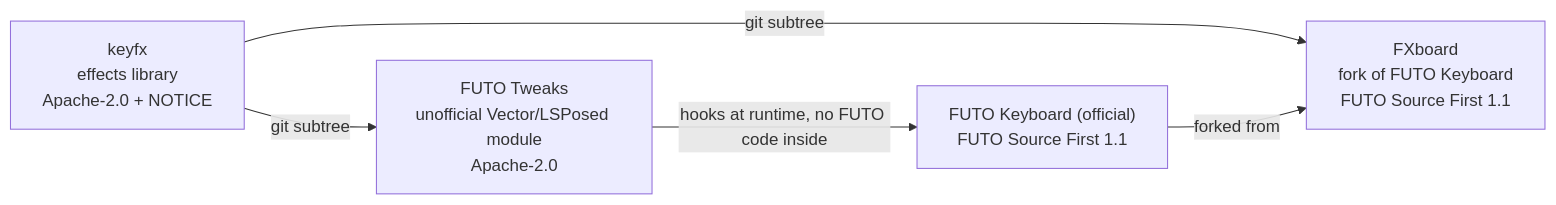
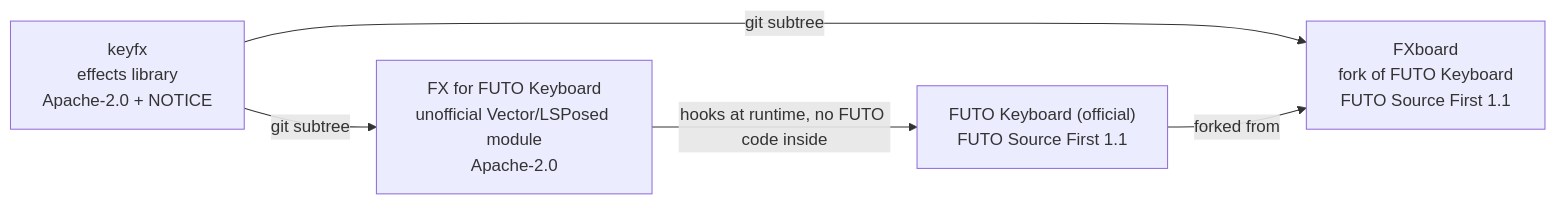
One commit to Theo-Erickson/futo-tweaks changed the diagram in keyfx/README.md. Above: the diagram before and after it, drawn with Mermaid. The commit also changed other lines of this file and 10 other files, not shown here.

First line of the commit message:
Rename FUTO Tweaks to FX for FUTO Keyboard

````diff
--- a/keyfx/README.md
+++ b/keyfx/README.md
@@ -76,11 +76,11 @@
 ```mermaid
 flowchart LR
   K["keyfx<br/>effects library<br/>Apache-2.0 + NOTICE"]
-  T["FUTO Tweaks<br/>unofficial Vector/LSPosed module<br/>Apache-2.0"]
+  T["FX for FUTO Keyboard<br/>unofficial Vector/LSPosed module<br/>Apache-2.0"]
   F["FXboard<br/>fork of FUTO Keyboard<br/>FUTO Source First 1.1"]
   U["FUTO Keyboard (official)<br/>FUTO Source First 1.1"]
   K -- "git subtree" --> T
   K -- "git subtree" --> F
   U -- "forked from" --> F
   T -- "hooks at runtime, no FUTO code inside" --> U
 ```
````
